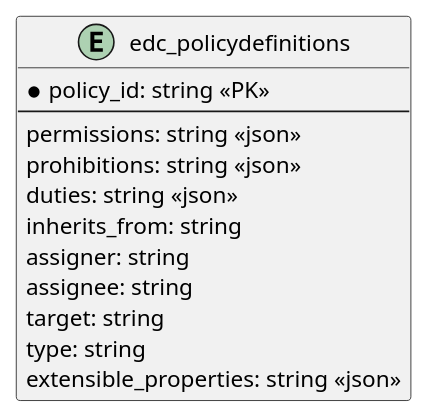
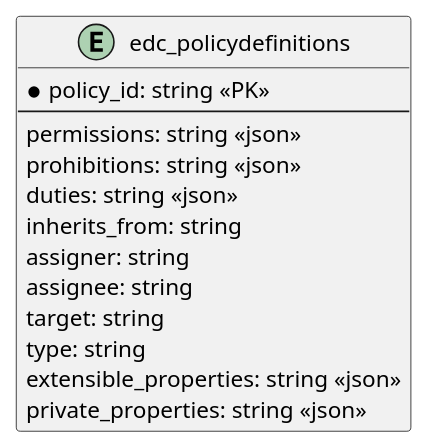
Before and after one commit to eclipse-edc/Connector: the diagram in extensions/control-plane/store/sql/policy-definition-store-sql/docs/er.puml, drawn with PlantUML. The commit also changed 8 other files, not shown here.

Commit message:
feat: add private properties to policy definition entity

```diff
--- a/extensions/control-plane/store/sql/policy-definition-store-sql/docs/er.puml
+++ b/extensions/control-plane/store/sql/policy-definition-store-sql/docs/er.puml
@@ -13,15 +13,16 @@
 @startuml
 entity edc_policydefinitions {
   * policy_id: string <<PK>>
   --
   permissions: string <<json>>
   prohibitions: string <<json>>
   duties: string <<json>>
   inherits_from: string
   assigner: string
   assignee: string
   target: string
   type: string
   extensible_properties: string <<json>>
+  private_properties: string <<json>>
 }
 @enduml
```
